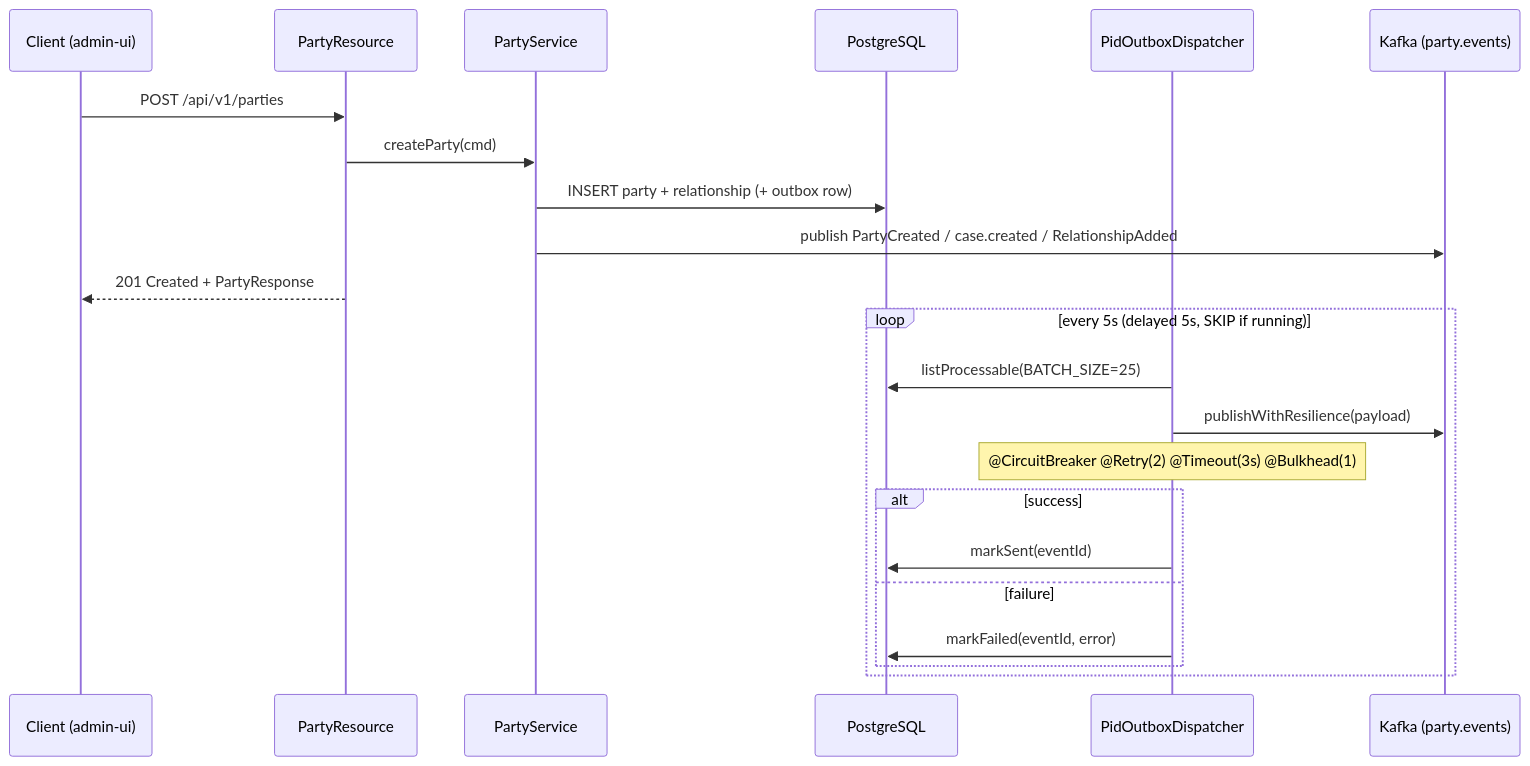
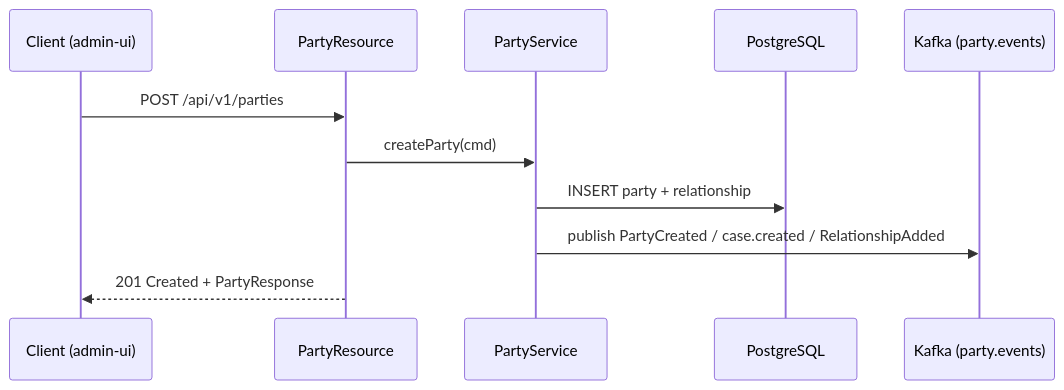
The third of 3 diagrams in openbank-pid-service/src/main/resources/docs/02-architecture.en.md (JiRaska/open-bank-oss), drawn with Mermaid before and after one commit. The commit also changed other lines of this file and 41 other files, not shown here.

First line of the commit message:
fix(pid): retire the unwired PID outbox channel

````diff
--- a/openbank-pid-service/src/main/resources/docs/02-architecture.en.md
+++ b/openbank-pid-service/src/main/resources/docs/02-architecture.en.md
@@ -107,26 +100,14 @@
 ```mermaid
 sequenceDiagram
   participant C as Client (admin-ui)
   participant R as PartyResource
   participant S as PartyService
   participant DB as PostgreSQL
-  participant D as PidOutboxDispatcher
   participant K as Kafka (party.events)
 
   C->>R: POST /api/v1/parties
   R->>S: createParty(cmd)
-  S->>DB: INSERT party + relationship (+ outbox row)
+  S->>DB: INSERT party + relationship
   S->>K: publish PartyCreated / case.created / RelationshipAdded
   R-->>C: 201 Created + PartyResponse
-
-  loop every 5s (delayed 5s, SKIP if running)
-    D->>DB: listProcessable(BATCH_SIZE=25)
-    D->>K: publishWithResilience(payload)
-    Note over D: @CircuitBreaker @Retry(2) @Timeout(3s) @Bulkhead(1)
-    alt success
-      D->>DB: markSent(eventId)
-    else failure
-      D->>DB: markFailed(eventId, error)
-    end
-  end
 ```
````
